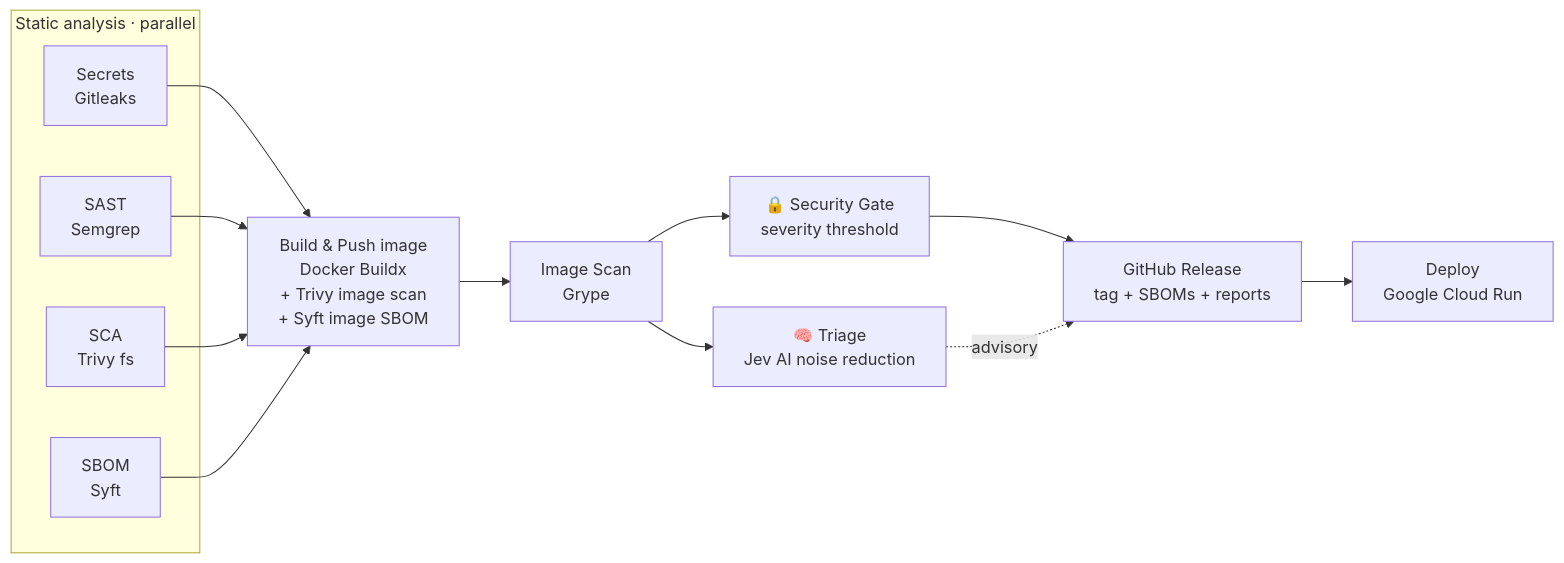
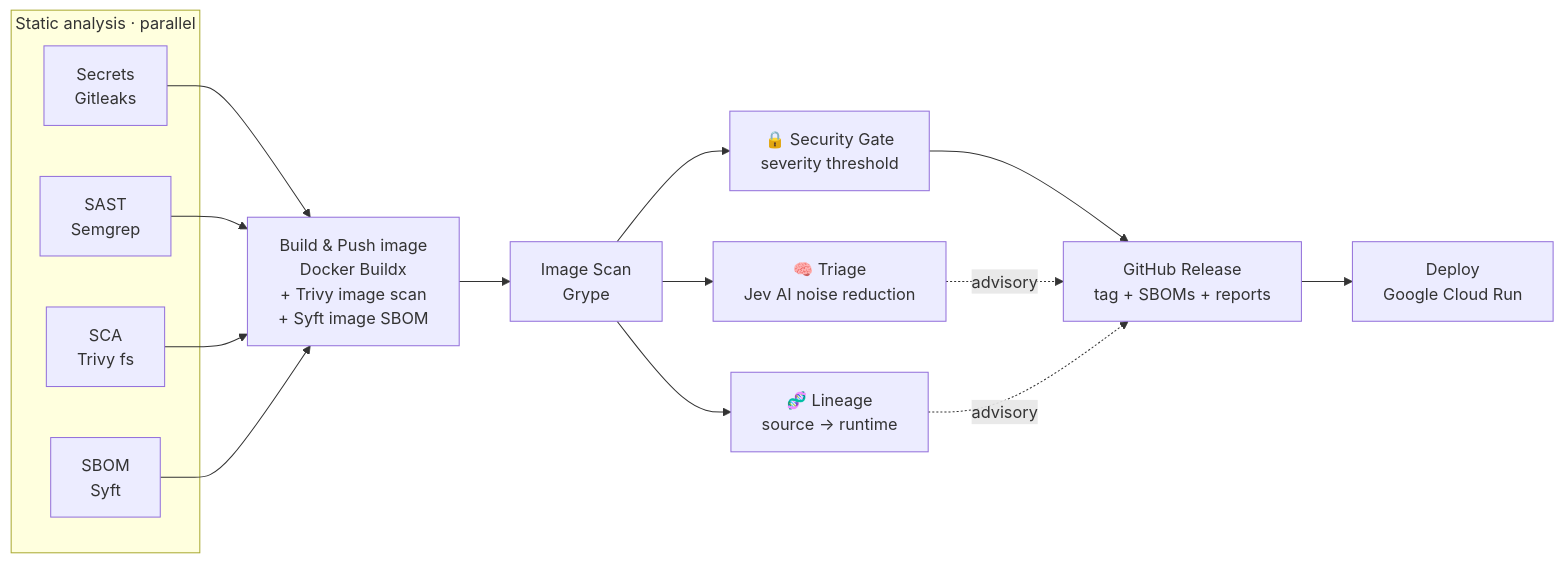
One commit to billhoph/DevSecOps changed the diagram in README.md. Above: the diagram before and after it, drawn with Mermaid. The commit also changed other lines of this file, not shown here.

First line of the commit message:
docs: document the vulnerability lineage job in the README

````diff
--- a/README.md
+++ b/README.md
@@ -106,20 +108,22 @@
 ```mermaid
 flowchart LR
   subgraph Scan [Static analysis · parallel]
     A[Secrets<br/>Gitleaks]
     B[SAST<br/>Semgrep]
     C[SCA<br/>Trivy fs]
     D[SBOM<br/>Syft]
   end
   A --> E
   B --> E
   C --> E
   D --> E
   E[Build &amp; Push image<br/>Docker Buildx<br/>+ Trivy image scan<br/>+ Syft image SBOM]
   E --> F[Image Scan<br/>Grype]
   F --> T[🧠 Triage<br/>Jev AI noise reduction]
+  F --> L[🧬 Lineage<br/>source → runtime]
   F --> J[🔒 Security Gate<br/>severity threshold]
   J --> G[GitHub Release<br/>tag + SBOMs + reports]
   G --> H[Deploy<br/>Google Cloud Run]
   T -.advisory.-> G
+  L -.advisory.-> G
 ```
````
